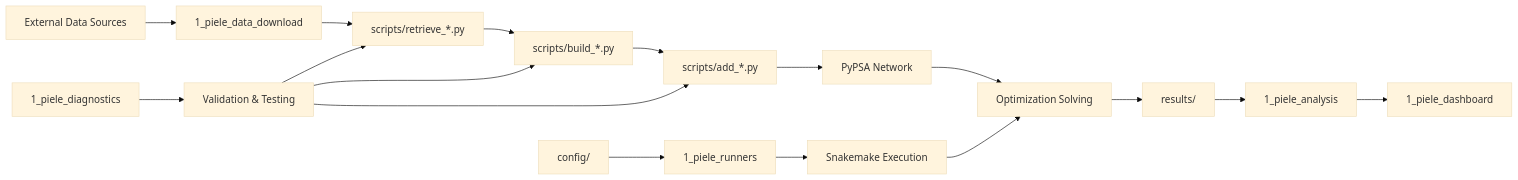
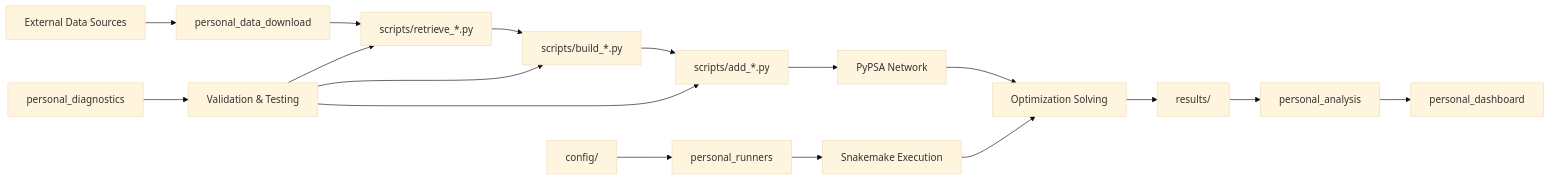
The second of 3 diagrams in vault/General.md (manescubogdanarmy/pypsa-eur), drawn with Mermaid (base theme) before and after one commit. The commit also changed other lines of this file and 47 other files, not shown here.

````diff
--- a/vault/General.md
+++ b/vault/General.md
@@ -2739,21 +2739,21 @@
 ```mermaid
 flowchart LR
-    A[External Data Sources] --> B[1_piele_data_download]
+    A[External Data Sources] --> B[personal_data_download]
     B --> C[scripts/retrieve_*.py]
     C --> D[scripts/build_*.py]
     D --> E[scripts/add_*.py]
     E --> F[PyPSA Network]
     F --> G[Optimization Solving]
     G --> H[results/]
-    H --> I[1_piele_analysis]
-    I --> J[1_piele_dashboard]
+    H --> I[personal_analysis]
+    I --> J[personal_dashboard]
     
-    K[config/] --> L[1_piele_runners]
+    K[config/] --> L[personal_runners]
     L --> M[Snakemake Execution]
     M --> G
     
-    N[1_piele_diagnostics] --> O[Validation & Testing]
+    N[personal_diagnostics] --> O[Validation & Testing]
     O --> C
     O --> D
     O --> E
 ```
````
